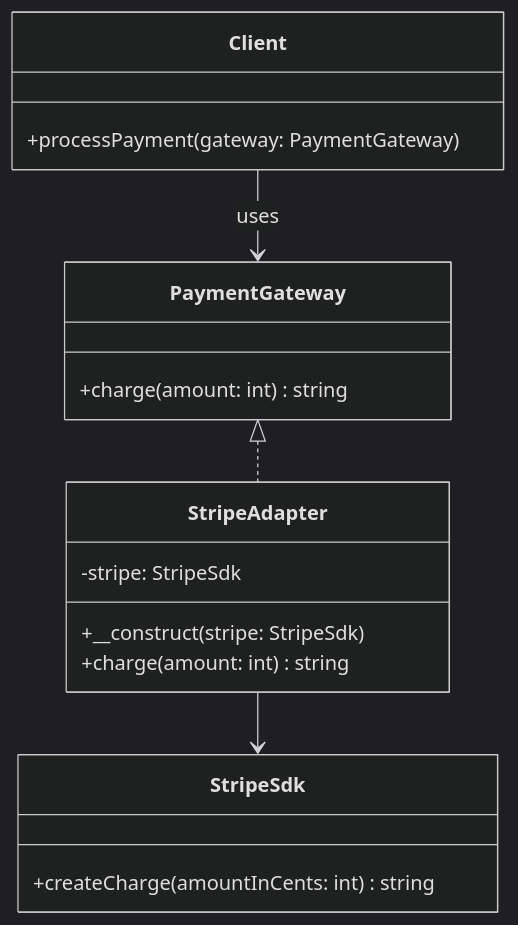
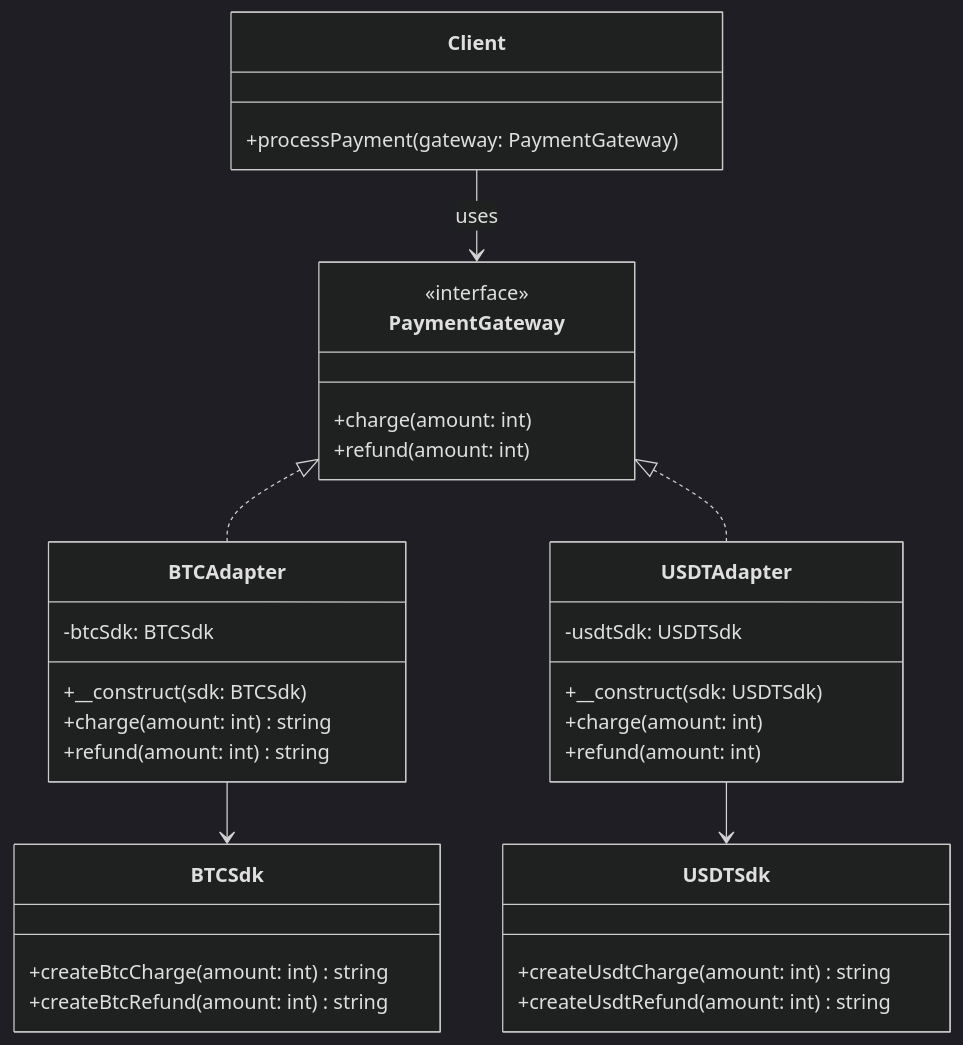
Before and after one commit to YenShiangGao/DesignPatternExample: the diagram in server/Structural/Adapter/Readme.md, drawn with Mermaid (dark theme). The commit also changed 30 other files, not shown here.

````diff
--- a/server/Structural/Adapter/Readme.md
+++ b/server/Structural/Adapter/Readme.md
@@ -1,24 +1,42 @@
 ```mermaid
 classDiagram
     class PaymentGateway {
-        +charge(amount: int) string
+        <<interface>>
+        +charge(amount: int)
+        +refund(amount: int)
     }
 
-    class StripeSdk {
-        +createCharge(amountInCents: int) string
+    class BTCSdk {
+        +createBtcCharge(amount: int) string
+        +createBtcRefund(amount: int) string
     }
 
-    class StripeAdapter {
-        -stripe: StripeSdk
-        +__construct(stripe: StripeSdk)
+    class USDTSdk {
+        +createUsdtCharge(amount: int) string
+        +createUsdtRefund(amount: int) string
+    }
+
+    class BTCAdapter {
+        -btcSdk: BTCSdk
+        +__construct(sdk: BTCSdk)
         +charge(amount: int) string
+        +refund(amount: int) string
+    }
+
+    class USDTAdapter {
+        -usdtSdk: USDTSdk
+        +__construct(sdk: USDTSdk)
+        +charge(amount: int)
+        +refund(amount: int)
     }
 
     class Client {
         +processPayment(gateway: PaymentGateway)
     }
 
-    PaymentGateway <|.. StripeAdapter
-    StripeAdapter --> StripeSdk
+    PaymentGateway <|.. BTCAdapter
+    PaymentGateway <|.. USDTAdapter
+    BTCAdapter --> BTCSdk
+    USDTAdapter --> USDTSdk
     Client --> PaymentGateway : uses
 ```
````
